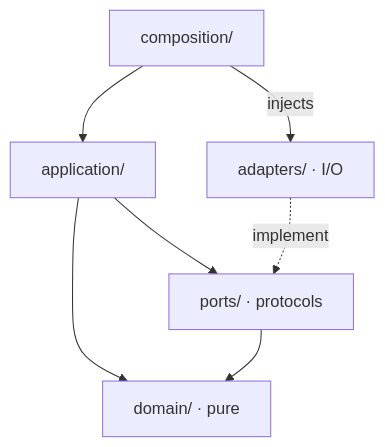
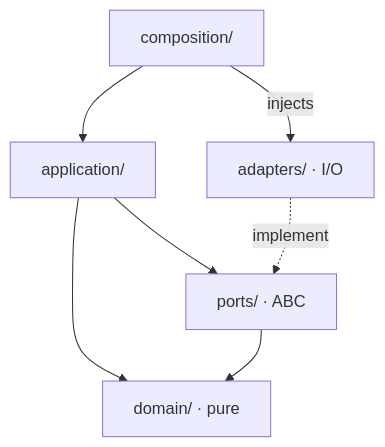
Before and after one commit to mission-titar/p2pwatch: the fourth of 12 diagrams in docs/contributing/architecture.md, drawn with Mermaid. The commit also changed other lines of this file and 2 other files, not shown here.

````diff
--- a/docs/contributing/architecture.md
+++ b/docs/contributing/architecture.md
@@ -152,15 +152,15 @@
 ```mermaid
 flowchart TB
   comp["composition/"]
   appl["application/"]
   dom["domain/ · pure"]
-  ports["ports/ · protocols"]
+  ports["ports/ · ABC"]
   adp["adapters/ · I/O"]
 
   comp --> appl
   appl --> dom
   appl --> ports
   ports --> dom
   comp -->|injects| adp
   adp -.->|implement| ports
 ```
````
